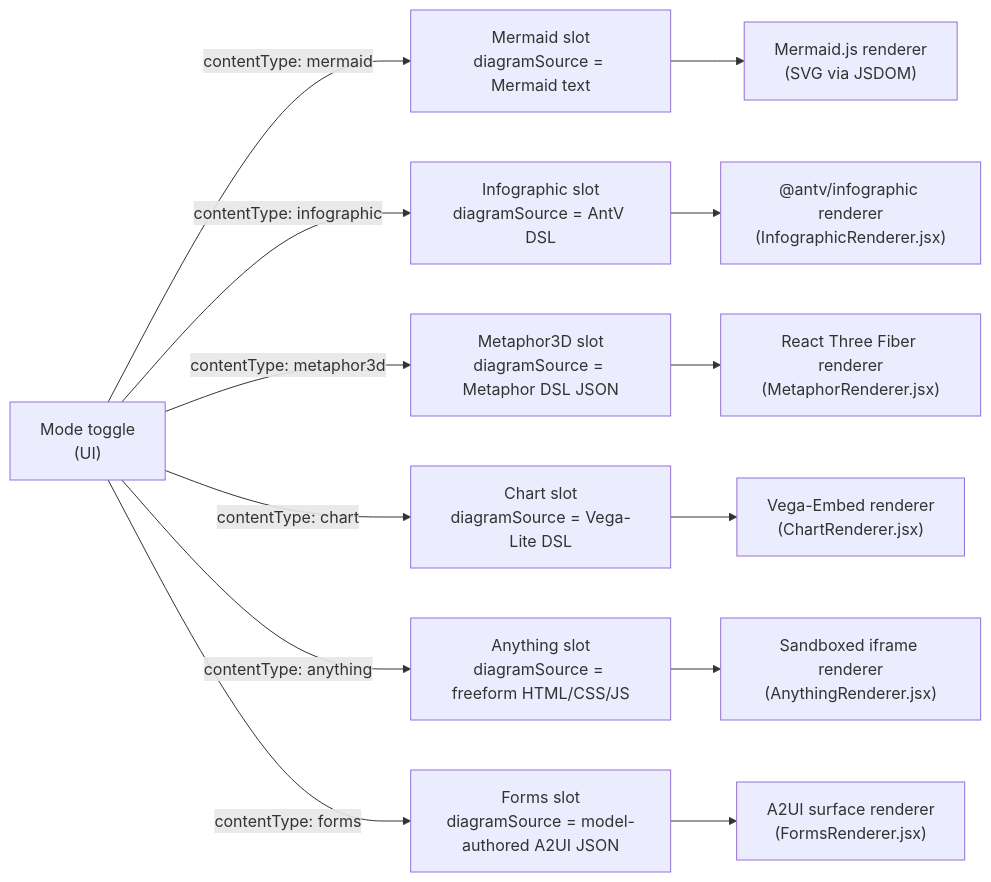
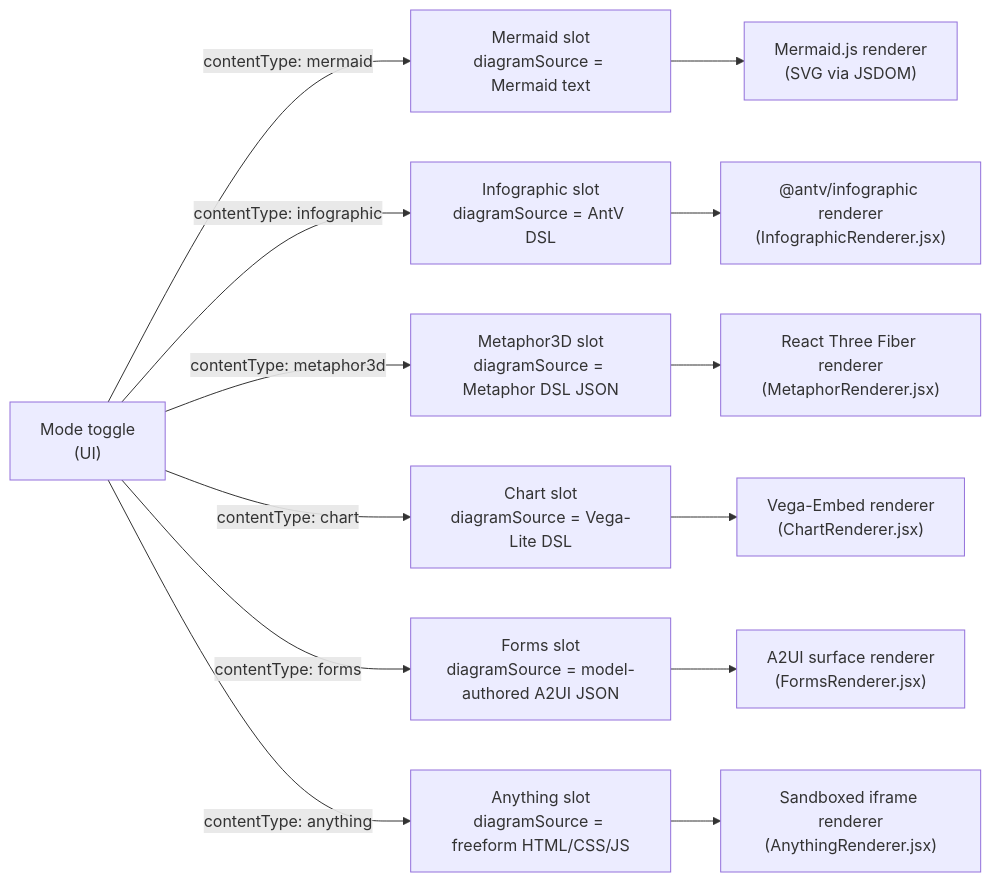
One commit to acuhlmann/mermaid-gen changed the diagram in docs/guide/content-types.md. Above: the diagram before and after it, drawn with Mermaid. The commit also changed other lines of this file and 12 other files, not shown here.

````diff
--- a/docs/guide/content-types.md
+++ b/docs/guide/content-types.md
@@ -3,15 +3,15 @@
 ```mermaid
 flowchart LR
   Toggle["Mode toggle\n(UI)"] -->|"contentType: mermaid"| MS["Mermaid slot\ndiagramSource = Mermaid text"]
   Toggle -->|"contentType: infographic"| IS["Infographic slot\ndiagramSource = AntV DSL"]
   Toggle -->|"contentType: metaphor3d"| ME["Metaphor3D slot\ndiagramSource = Metaphor DSL JSON"]
   Toggle -->|"contentType: chart"| CS["Chart slot\ndiagramSource = Vega-Lite DSL"]
+  Toggle -->|"contentType: forms"| FS["Forms slot\ndiagramSource = model-authored A2UI JSON"]
   Toggle -->|"contentType: anything"| AS["Anything slot\ndiagramSource = freeform HTML/CSS/JS"]
-  Toggle -->|"contentType: forms"| FS["Forms slot\ndiagramSource = model-authored A2UI JSON"]
   MS --> MR["Mermaid.js renderer\n(SVG via JSDOM)"]
   IS --> IR["@antv/infographic renderer\n(InfographicRenderer.jsx)"]
   ME --> R3F["React Three Fiber renderer\n(MetaphorRenderer.jsx)"]
   CS --> VR["Vega-Embed renderer\n(ChartRenderer.jsx)"]
+  FS --> FR["A2UI surface renderer\n(FormsRenderer.jsx)"]
   AS --> AR["Sandboxed iframe renderer\n(AnythingRenderer.jsx)"]
-  FS --> FR["A2UI surface renderer\n(FormsRenderer.jsx)"]
 ```
````
